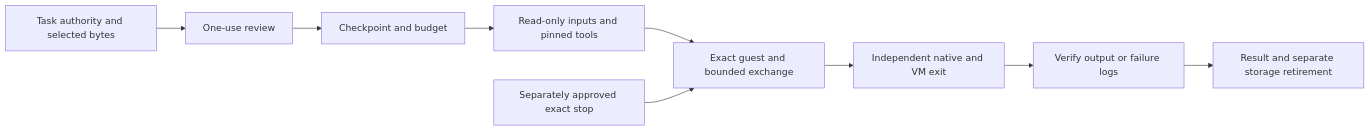
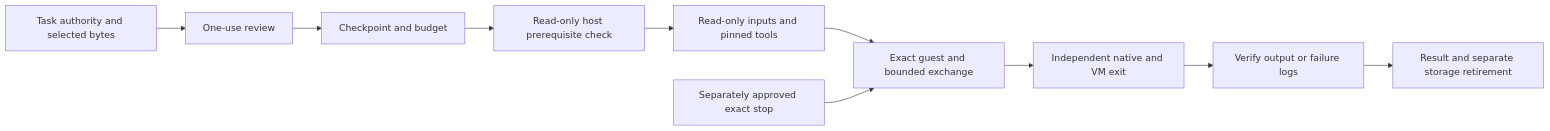
Before and after one commit to SquirmyWormy275/strathex-switchyard: the diagram in docs/windows-reviewed-run.md, drawn with Mermaid. The commit also changed other lines of this file and 11 other files, not shown here.

````diff
--- a/docs/windows-reviewed-run.md
+++ b/docs/windows-reviewed-run.md
@@ -13,11 +13,12 @@
 ```mermaid
 flowchart LR
   Task[Task authority and selected bytes] --> Review[One-use review]
   Review --> Ledger[Checkpoint and budget]
-  Ledger --> Inputs[Read-only inputs and pinned tools]
+  Ledger --> Preflight[Read-only host prerequisite check]
+  Preflight --> Inputs[Read-only inputs and pinned tools]
   Inputs --> Guest[Exact guest and bounded exchange]
   Guest --> Exit[Independent native and VM exit]
   Exit --> Output[Verify output or failure logs]
   Output --> Result[Result and separate storage retirement]
   Stop[Separately approved exact stop] --> Guest
 ```
````
